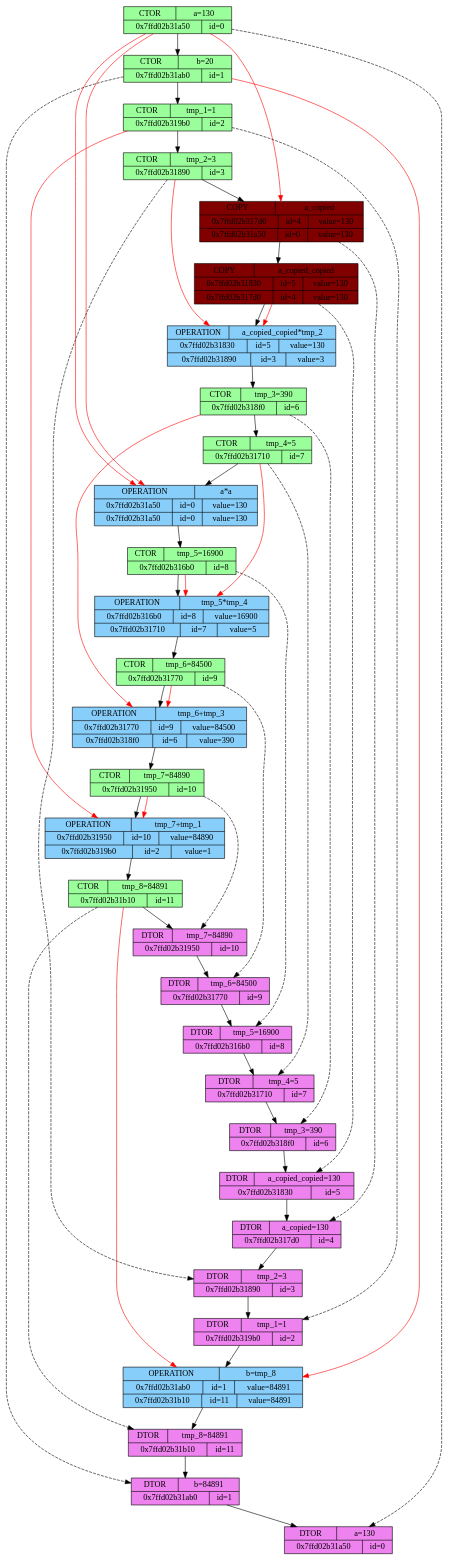
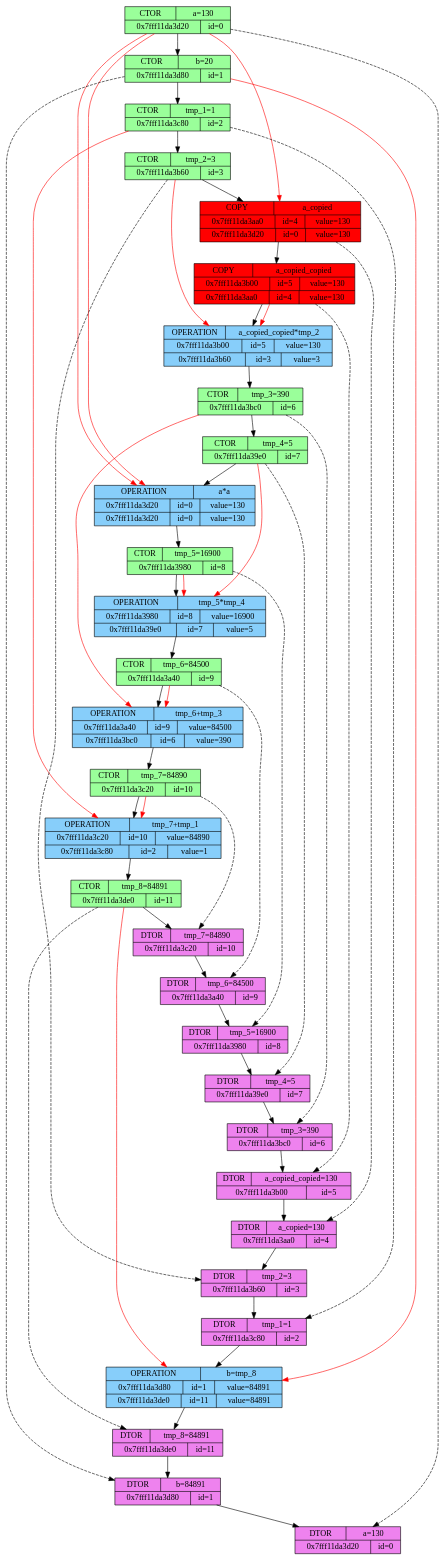
Before and after one commit to x-ENIAC/MIPT_projects_4_sem: the diagram in Dumping_int/new.dot, drawn with Graphviz. The commit also changed 9 other files, not shown here.

```diff
--- a/Dumping_int/new.dot
+++ b/Dumping_int/new.dot
@@ -1,87 +1,86 @@
 digraph graphname {
-
-	node0CTOR [shape="record", style="filled", fillcolor="palegreen1", label="{{CTOR | a=130}|{0x7ffd02b31a50 | id=0}}"]
-	node1CTOR [shape="record", style="filled", fillcolor="palegreen1", label="{{CTOR | b=20}|{0x7ffd02b31ab0 | id=1}}"]
+	node0CTOR [shape="record", style="filled", fillcolor="palegreen1", label="{{CTOR | a=130}|{0x7fff11da3d20 | id=0}}"]
+	node1CTOR [shape="record", style="filled", fillcolor="palegreen1", label="{{CTOR | b=20}|{0x7fff11da3d80 | id=1}}"]
 	node0CTOR -> node1CTOR
-	node2CTOR [shape="record", style="filled", fillcolor="palegreen1", label="{{CTOR | tmp_1=1}|{0x7ffd02b319b0 | id=2}}"]
+	node2CTOR [shape="record", style="filled", fillcolor="palegreen1", label="{{CTOR | tmp_1=1}|{0x7fff11da3c80 | id=2}}"]
 	node1CTOR -> node2CTOR
-	node3CTOR [shape="record", style="filled", fillcolor="palegreen1", label="{{CTOR | tmp_2=3}|{0x7ffd02b31890 | id=3}}"]
+	node3CTOR [shape="record", style="filled", fillcolor="palegreen1", label="{{CTOR | tmp_2=3}|{0x7fff11da3b60 | id=3}}"]
 	node2CTOR -> node3CTOR
-	node4COPY  [shape="record", style="filled", fillcolor="webmaroon" label="{{COPY | a_copied}|{0x7ffd02b317d0 | id=4 | value=130}|{0x7ffd02b31a50 | id=0 | value=130}}"]
+	node4COPY  [shape="record", style="filled", fillcolor="red" label="{{COPY | a_copied}|{0x7fff11da3aa0 | id=4 | value=130}|{0x7fff11da3d20 | id=0 | value=130}}"]
 	node3CTOR -> node4COPY
 	node0CTOR -> node4COPY[color="red"]
-	node5COPY  [shape="record", style="filled", fillcolor="webmaroon" label="{{COPY | a_copied_copied}|{0x7ffd02b31830 | id=5 | value=130}|{0x7ffd02b317d0 | id=4 | value=130}}"]
+	node5COPY  [shape="record", style="filled", fillcolor="red" label="{{COPY | a_copied_copied}|{0x7fff11da3b00 | id=5 | value=130}|{0x7fff11da3aa0 | id=4 | value=130}}"]
 	node4COPY -> node5COPY
-	node5OPERATION3 [shape="record", style="filled", fillcolor="lightskyblue", label="{{OPERATION | a_copied_copied*tmp_2}|{0x7ffd02b31830 | id=5 | value=130}|{0x7ffd02b31890 | id=3 | value=3}}"]
+	node5OPERATION3 [shape="record", style="filled", fillcolor="lightskyblue", label="{{OPERATION | a_copied_copied*tmp_2}|{0x7fff11da3b00 | id=5 | value=130}|{0x7fff11da3b60 | id=3 | value=3}}"]
 	node5COPY -> node5OPERATION3
 	node5COPY -> node5OPERATION3[color="red"]
 	node3CTOR -> node5OPERATION3[color="red"]
-	node6CTOR [shape="record", style="filled", fillcolor="palegreen1", label="{{CTOR | tmp_3=390}|{0x7ffd02b318f0 | id=6}}"]
+	node6CTOR [shape="record", style="filled", fillcolor="palegreen1", label="{{CTOR | tmp_3=390}|{0x7fff11da3bc0 | id=6}}"]
 	node5OPERATION3 -> node6CTOR
-	node7CTOR [shape="record", style="filled", fillcolor="palegreen1", label="{{CTOR | tmp_4=5}|{0x7ffd02b31710 | id=7}}"]
+	node7CTOR [shape="record", style="filled", fillcolor="palegreen1", label="{{CTOR | tmp_4=5}|{0x7fff11da39e0 | id=7}}"]
 	node6CTOR -> node7CTOR
-	node0OPERATION0 [shape="record", style="filled", fillcolor="lightskyblue", label="{{OPERATION | a*a}|{0x7ffd02b31a50 | id=0 | value=130}|{0x7ffd02b31a50 | id=0 | value=130}}"]
+	node0OPERATION0 [shape="record", style="filled", fillcolor="lightskyblue", label="{{OPERATION | a*a}|{0x7fff11da3d20 | id=0 | value=130}|{0x7fff11da3d20 | id=0 | value=130}}"]
 	node7CTOR -> node0OPERATION0
 	node0CTOR -> node0OPERATION0[color="red"]
 	node0CTOR -> node0OPERATION0[color="red"]
-	node8CTOR [shape="record", style="filled", fillcolor="palegreen1", label="{{CTOR | tmp_5=16900}|{0x7ffd02b316b0 | id=8}}"]
+	node8CTOR [shape="record", style="filled", fillcolor="palegreen1", label="{{CTOR | tmp_5=16900}|{0x7fff11da3980 | id=8}}"]
 	node0OPERATION0 -> node8CTOR
-	node8OPERATION7 [shape="record", style="filled", fillcolor="lightskyblue", label="{{OPERATION | tmp_5*tmp_4}|{0x7ffd02b316b0 | id=8 | value=16900}|{0x7ffd02b31710 | id=7 | value=5}}"]
+	node8OPERATION7 [shape="record", style="filled", fillcolor="lightskyblue", label="{{OPERATION | tmp_5*tmp_4}|{0x7fff11da3980 | id=8 | value=16900}|{0x7fff11da39e0 | id=7 | value=5}}"]
 	node8CTOR -> node8OPERATION7
 	node8CTOR -> node8OPERATION7[color="red"]
 	node7CTOR -> node8OPERATION7[color="red"]
-	node9CTOR [shape="record", style="filled", fillcolor="palegreen1", label="{{CTOR | tmp_6=84500}|{0x7ffd02b31770 | id=9}}"]
+	node9CTOR [shape="record", style="filled", fillcolor="palegreen1", label="{{CTOR | tmp_6=84500}|{0x7fff11da3a40 | id=9}}"]
 	node8OPERATION7 -> node9CTOR
-	node9OPERATION6 [shape="record", style="filled", fillcolor="lightskyblue", label="{{OPERATION | tmp_6+tmp_3}|{0x7ffd02b31770 | id=9 | value=84500}|{0x7ffd02b318f0 | id=6 | value=390}}"]
+	node9OPERATION6 [shape="record", style="filled", fillcolor="lightskyblue", label="{{OPERATION | tmp_6+tmp_3}|{0x7fff11da3a40 | id=9 | value=84500}|{0x7fff11da3bc0 | id=6 | value=390}}"]
 	node9CTOR -> node9OPERATION6
 	node9CTOR -> node9OPERATION6[color="red"]
 	node6CTOR -> node9OPERATION6[color="red"]
-	node10CTOR [shape="record", style="filled", fillcolor="palegreen1", label="{{CTOR | tmp_7=84890}|{0x7ffd02b31950 | id=10}}"]
+	node10CTOR [shape="record", style="filled", fillcolor="palegreen1", label="{{CTOR | tmp_7=84890}|{0x7fff11da3c20 | id=10}}"]
 	node9OPERATION6 -> node10CTOR
-	node10OPERATION2 [shape="record", style="filled", fillcolor="lightskyblue", label="{{OPERATION | tmp_7+tmp_1}|{0x7ffd02b31950 | id=10 | value=84890}|{0x7ffd02b319b0 | id=2 | value=1}}"]
+	node10OPERATION2 [shape="record", style="filled", fillcolor="lightskyblue", label="{{OPERATION | tmp_7+tmp_1}|{0x7fff11da3c20 | id=10 | value=84890}|{0x7fff11da3c80 | id=2 | value=1}}"]
 	node10CTOR -> node10OPERATION2
 	node10CTOR -> node10OPERATION2[color="red"]
 	node2CTOR -> node10OPERATION2[color="red"]
-	node11CTOR [shape="record", style="filled", fillcolor="palegreen1", label="{{CTOR | tmp_8=84891}|{0x7ffd02b31b10 | id=11}}"]
+	node11CTOR [shape="record", style="filled", fillcolor="palegreen1", label="{{CTOR | tmp_8=84891}|{0x7fff11da3de0 | id=11}}"]
 	node10OPERATION2 -> node11CTOR
-	node10DTOR [shape="record", style="filled", fillcolor="violet", label="{{DTOR | tmp_7=84890}|{0x7ffd02b31950 | id=10}}"]
+	node10DTOR [shape="record", style="filled", fillcolor="violet", label="{{DTOR | tmp_7=84890}|{0x7fff11da3c20 | id=10}}"]
 	node11CTOR -> node10DTOR
 	node10CTOR -> node10DTOR[style="dashed"]
-	node9DTOR [shape="record", style="filled", fillcolor="violet", label="{{DTOR | tmp_6=84500}|{0x7ffd02b31770 | id=9}}"]
+	node9DTOR [shape="record", style="filled", fillcolor="violet", label="{{DTOR | tmp_6=84500}|{0x7fff11da3a40 | id=9}}"]
 	node10DTOR -> node9DTOR
 	node9CTOR -> node9DTOR[style="dashed"]
-	node8DTOR [shape="record", style="filled", fillcolor="violet", label="{{DTOR | tmp_5=16900}|{0x7ffd02b316b0 | id=8}}"]
+	node8DTOR [shape="record", style="filled", fillcolor="violet", label="{{DTOR | tmp_5=16900}|{0x7fff11da3980 | id=8}}"]
 	node9DTOR -> node8DTOR
 	node8CTOR -> node8DTOR[style="dashed"]
-	node7DTOR [shape="record", style="filled", fillcolor="violet", label="{{DTOR | tmp_4=5}|{0x7ffd02b31710 | id=7}}"]
+	node7DTOR [shape="record", style="filled", fillcolor="violet", label="{{DTOR | tmp_4=5}|{0x7fff11da39e0 | id=7}}"]
 	node8DTOR -> node7DTOR
 	node7CTOR -> node7DTOR[style="dashed"]
-	node6DTOR [shape="record", style="filled", fillcolor="violet", label="{{DTOR | tmp_3=390}|{0x7ffd02b318f0 | id=6}}"]
+	node6DTOR [shape="record", style="filled", fillcolor="violet", label="{{DTOR | tmp_3=390}|{0x7fff11da3bc0 | id=6}}"]
 	node7DTOR -> node6DTOR
 	node6CTOR -> node6DTOR[style="dashed"]
-	node5DTOR [shape="record", style="filled", fillcolor="violet", label="{{DTOR | a_copied_copied=130}|{0x7ffd02b31830 | id=5}}"]
+	node5DTOR [shape="record", style="filled", fillcolor="violet", label="{{DTOR | a_copied_copied=130}|{0x7fff11da3b00 | id=5}}"]
 	node6DTOR -> node5DTOR
 	node5COPY -> node5DTOR[style="dashed"]
-	node4DTOR [shape="record", style="filled", fillcolor="violet", label="{{DTOR | a_copied=130}|{0x7ffd02b317d0 | id=4}}"]
+	node4DTOR [shape="record", style="filled", fillcolor="violet", label="{{DTOR | a_copied=130}|{0x7fff11da3aa0 | id=4}}"]
 	node5DTOR -> node4DTOR
 	node4COPY -> node4DTOR[style="dashed"]
-	node3DTOR [shape="record", style="filled", fillcolor="violet", label="{{DTOR | tmp_2=3}|{0x7ffd02b31890 | id=3}}"]
+	node3DTOR [shape="record", style="filled", fillcolor="violet", label="{{DTOR | tmp_2=3}|{0x7fff11da3b60 | id=3}}"]
 	node4DTOR -> node3DTOR
 	node3CTOR -> node3DTOR[style="dashed"]
-	node2DTOR [shape="record", style="filled", fillcolor="violet", label="{{DTOR | tmp_1=1}|{0x7ffd02b319b0 | id=2}}"]
+	node2DTOR [shape="record", style="filled", fillcolor="violet", label="{{DTOR | tmp_1=1}|{0x7fff11da3c80 | id=2}}"]
 	node3DTOR -> node2DTOR
 	node2CTOR -> node2DTOR[style="dashed"]
-	node1OPERATION11 [shape="record", style="filled", fillcolor="lightskyblue", label="{{OPERATION | b=tmp_8}|{0x7ffd02b31ab0 | id=1 | value=84891}|{0x7ffd02b31b10 | id=11 | value=84891}}"]
+	node1OPERATION11 [shape="record", style="filled", fillcolor="lightskyblue", label="{{OPERATION | b=tmp_8}|{0x7fff11da3d80 | id=1 | value=84891}|{0x7fff11da3de0 | id=11 | value=84891}}"]
 	node2DTOR -> node1OPERATION11
 	node1CTOR -> node1OPERATION11[color="red"]
 	node11CTOR -> node1OPERATION11[color="red"]
-	node11DTOR [shape="record", style="filled", fillcolor="violet", label="{{DTOR | tmp_8=84891}|{0x7ffd02b31b10 | id=11}}"]
+	node11DTOR [shape="record", style="filled", fillcolor="violet", label="{{DTOR | tmp_8=84891}|{0x7fff11da3de0 | id=11}}"]
 	node1OPERATION11 -> node11DTOR
 	node11CTOR -> node11DTOR[style="dashed"]
-	node1DTOR [shape="record", style="filled", fillcolor="violet", label="{{DTOR | b=84891}|{0x7ffd02b31ab0 | id=1}}"]
+	node1DTOR [shape="record", style="filled", fillcolor="violet", label="{{DTOR | b=84891}|{0x7fff11da3d80 | id=1}}"]
 	node11DTOR -> node1DTOR
 	node1CTOR -> node1DTOR[style="dashed"]
-	node0DTOR [shape="record", style="filled", fillcolor="violet", label="{{DTOR | a=130}|{0x7ffd02b31a50 | id=0}}"]
+	node0DTOR [shape="record", style="filled", fillcolor="violet", label="{{DTOR | a=130}|{0x7fff11da3d20 | id=0}}"]
 	node1DTOR -> node0DTOR
 	node0CTOR -> node0DTOR[style="dashed"]
 }
```
